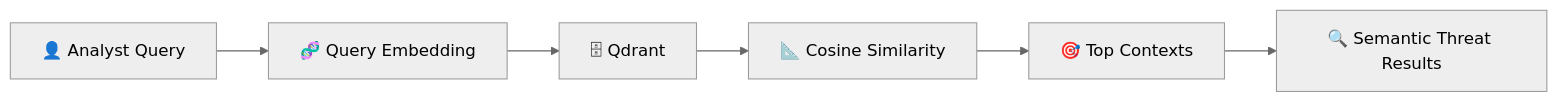
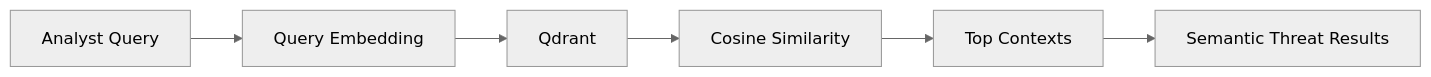
The fifth of 11 diagrams in README.md (aminemaouhoub1312/ShadowScope-AM), drawn with Mermaid (neutral theme) before and after one commit. The commit also changed other lines of this file, not shown here.

````diff
--- a/README.md
+++ b/README.md
@@ -412,10 +412,10 @@
 ```mermaid
 flowchart LR
 
-A["👤 Analyst Query"] -->
-B["🧬 Query Embedding"] -->
-C["🗄 Qdrant"] -->
-D["📐 Cosine Similarity"] -->
-E["🎯 Top Contexts"] -->
-F["🔍 Semantic Threat Results"]
+A[" Analyst Query"] -->
+B[" Query Embedding"] -->
+C[" Qdrant"] -->
+D[" Cosine Similarity"] -->
+E[" Top Contexts"] -->
+F[" Semantic Threat Results"]
 ```
````
